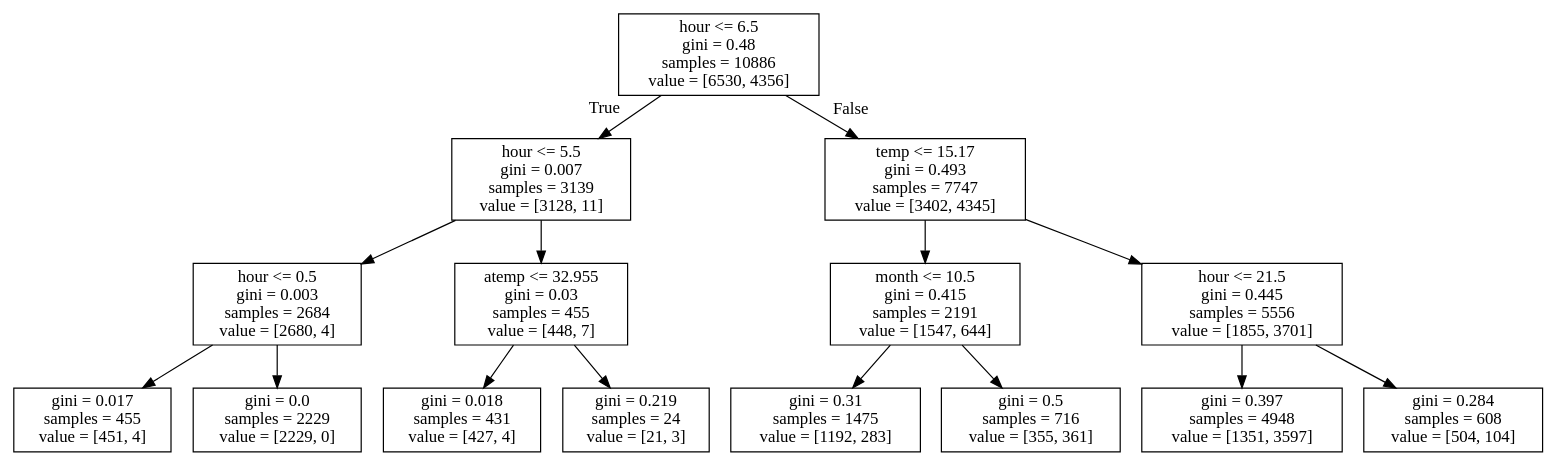
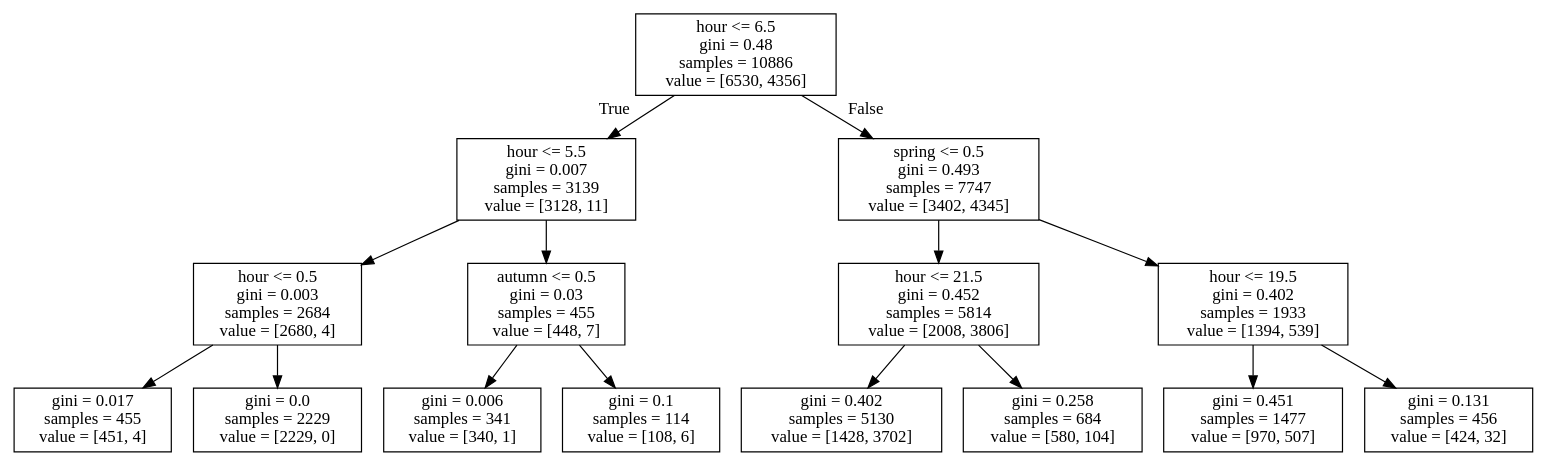
Before and after one commit to Emmet62/DAGroupProject2018: the diagram in Bikes1.dot, drawn with Graphviz. The commit also changed 10 other files, not shown here.

```diff
--- a/Bikes1.dot
+++ b/Bikes1.dot
@@ -1,32 +1,32 @@
 digraph Tree {
 node [shape=box] ;
 0 [label="hour <= 6.5\ngini = 0.48\nsamples = 10886\nvalue = [6530, 4356]"] ;
 1 [label="hour <= 5.5\ngini = 0.007\nsamples = 3139\nvalue = [3128, 11]"] ;
 0 -> 1 [labeldistance=2.5, labelangle=45, headlabel="True"] ;
 2 [label="hour <= 0.5\ngini = 0.003\nsamples = 2684\nvalue = [2680, 4]"] ;
 1 -> 2 ;
 3 [label="gini = 0.017\nsamples = 455\nvalue = [451, 4]"] ;
 2 -> 3 ;
 4 [label="gini = 0.0\nsamples = 2229\nvalue = [2229, 0]"] ;
 2 -> 4 ;
-5 [label="atemp <= 32.955\ngini = 0.03\nsamples = 455\nvalue = [448, 7]"] ;
+5 [label="autumn <= 0.5\ngini = 0.03\nsamples = 455\nvalue = [448, 7]"] ;
 1 -> 5 ;
-6 [label="gini = 0.018\nsamples = 431\nvalue = [427, 4]"] ;
+6 [label="gini = 0.006\nsamples = 341\nvalue = [340, 1]"] ;
 5 -> 6 ;
-7 [label="gini = 0.219\nsamples = 24\nvalue = [21, 3]"] ;
+7 [label="gini = 0.1\nsamples = 114\nvalue = [108, 6]"] ;
 5 -> 7 ;
-8 [label="temp <= 15.17\ngini = 0.493\nsamples = 7747\nvalue = [3402, 4345]"] ;
+8 [label="spring <= 0.5\ngini = 0.493\nsamples = 7747\nvalue = [3402, 4345]"] ;
 0 -> 8 [labeldistance=2.5, labelangle=-45, headlabel="False"] ;
-9 [label="month <= 10.5\ngini = 0.415\nsamples = 2191\nvalue = [1547, 644]"] ;
+9 [label="hour <= 21.5\ngini = 0.452\nsamples = 5814\nvalue = [2008, 3806]"] ;
 8 -> 9 ;
-10 [label="gini = 0.31\nsamples = 1475\nvalue = [1192, 283]"] ;
+10 [label="gini = 0.402\nsamples = 5130\nvalue = [1428, 3702]"] ;
 9 -> 10 ;
-11 [label="gini = 0.5\nsamples = 716\nvalue = [355, 361]"] ;
+11 [label="gini = 0.258\nsamples = 684\nvalue = [580, 104]"] ;
 9 -> 11 ;
-12 [label="hour <= 21.5\ngini = 0.445\nsamples = 5556\nvalue = [1855, 3701]"] ;
+12 [label="hour <= 19.5\ngini = 0.402\nsamples = 1933\nvalue = [1394, 539]"] ;
 8 -> 12 ;
-13 [label="gini = 0.397\nsamples = 4948\nvalue = [1351, 3597]"] ;
+13 [label="gini = 0.451\nsamples = 1477\nvalue = [970, 507]"] ;
 12 -> 13 ;
-14 [label="gini = 0.284\nsamples = 608\nvalue = [504, 104]"] ;
+14 [label="gini = 0.131\nsamples = 456\nvalue = [424, 32]"] ;
 12 -> 14 ;
 }
```
